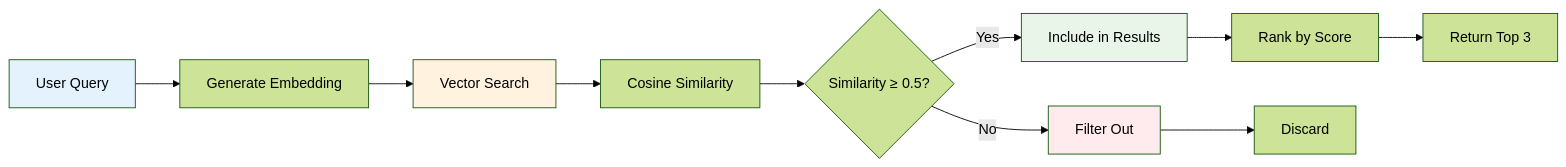
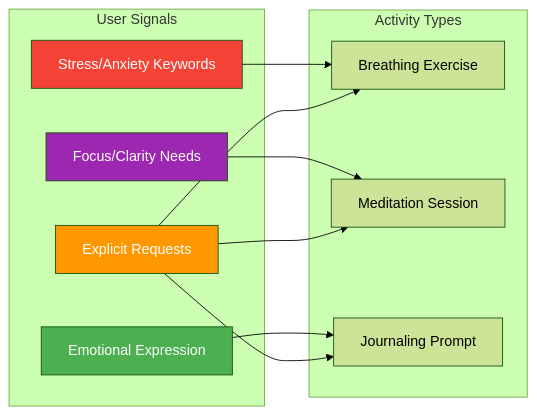
Before and after one commit to tweezerchef/Wbot: the third of 5 diagrams in docs/ai/langgraph.md, drawn with Mermaid (forest theme). The commit also changed other lines of this file and 7 other files, not shown here.

First line of the commit message:
docs: comprehensive update of project roadmap and technical documentation

````diff
--- a/docs/ai/langgraph.md
+++ b/docs/ai/langgraph.md
@@ -217,17 +270,27 @@
 ```mermaid
 graph LR
-    A[User Query] --> B[Generate Embedding]
-    B --> C[Vector Search]
-    C --> D[Cosine Similarity]
-    D --> E{Similarity ≥ 0.5?}
-    E -->|Yes| F[Include in Results]
-    E -->|No| G[Filter Out]
-    F --> H[Rank by Score]
-    G --> I[Discard]
-    H --> J[Return Top 3]
+    subgraph "User Signals"
+        US1[Stress/Anxiety Keywords]
+        US2[Focus/Clarity Needs]
+        US3[Emotional Expression]
+        US4[Explicit Requests]
+    end
 
-    style A fill:#e3f2fd
-    style C fill:#fff3e0
-    style F fill:#e8f5e8
-    style G fill:#ffebee
+    subgraph "Activity Types"
+        AT1[Breathing Exercise]
+        AT2[Meditation Session]
+        AT3[Journaling Prompt]
+    end
+
+    US1 --> AT1
+    US2 --> AT2
+    US3 --> AT3
+    US4 --> AT1
+    US4 --> AT2
+    US4 --> AT3
+
+    style US1 fill:#f44336,color:#fff
+    style US2 fill:#9c27b0,color:#fff
+    style US3 fill:#4caf50,color:#fff
+    style US4 fill:#ff9800,color:#fff
 ```
````
